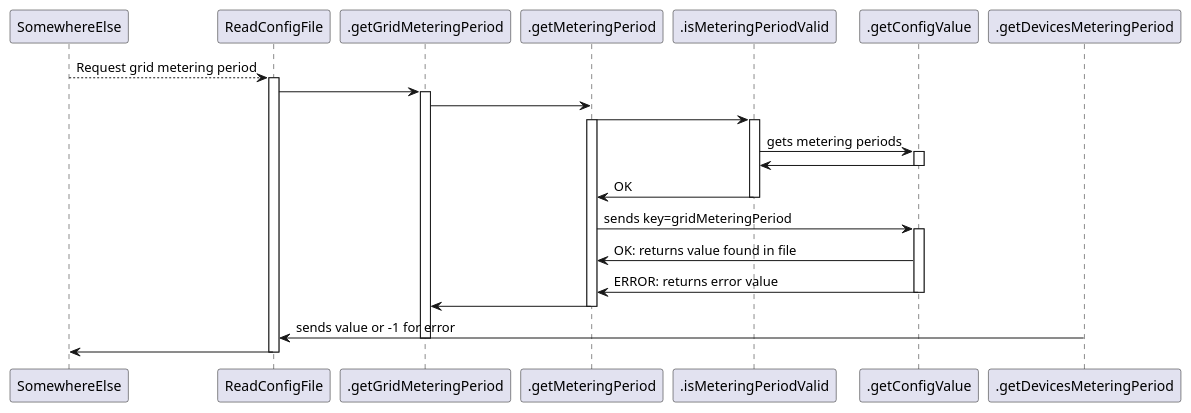
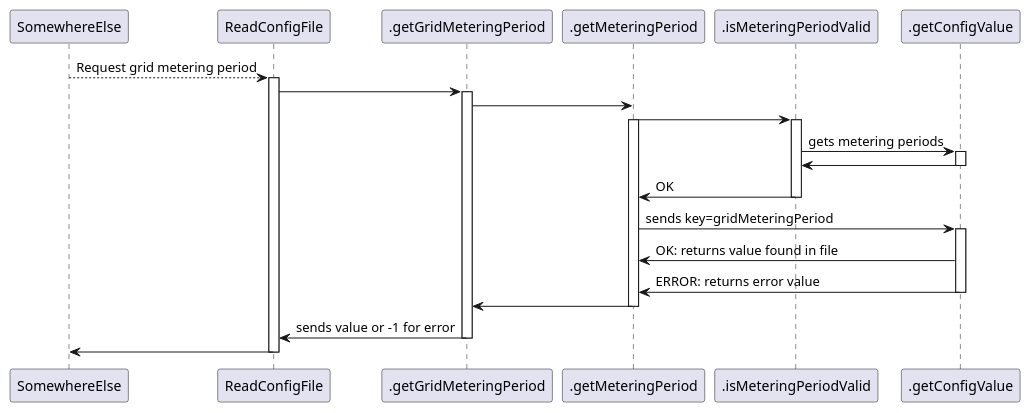
Before and after one commit to emanuel-pereira/hou: the diagram in src/main/java/smarthome/uml/sequencediagrams/ReadFileConfig.getGridMeteringPeriod.puml, drawn with PlantUML.

```diff
--- a/src/main/java/smarthome/uml/sequencediagrams/ReadFileConfig.getGridMeteringPeriod.puml
+++ b/src/main/java/smarthome/uml/sequencediagrams/ReadFileConfig.getGridMeteringPeriod.puml
@@ -1,31 +1,31 @@
 @startuml
 SomewhereElse--> ReadConfigFile: Request grid metering period
 activate ReadConfigFile
 ReadConfigFile -> .getGridMeteringPeriod
 activate .getGridMeteringPeriod
 .getGridMeteringPeriod -> .getMeteringPeriod
 
 
 .getMeteringPeriod -> .isMeteringPeriodValid
 activate .getMeteringPeriod
 activate .isMeteringPeriodValid
 .isMeteringPeriodValid -> .getConfigValue: gets metering periods
 activate .getConfigValue
 .getConfigValue -> .isMeteringPeriodValid
 deactivate .getConfigValue
 .isMeteringPeriodValid -> .getMeteringPeriod : OK
 deactivate .isMeteringPeriodValid
 
 
 .getMeteringPeriod -> .getConfigValue: sends key=gridMeteringPeriod
 activate .getConfigValue
 .getConfigValue -> .getMeteringPeriod: OK: returns value found in file
 .getConfigValue -> .getMeteringPeriod: ERROR: returns error value
 deactivate .getConfigValue
 .getMeteringPeriod -> .getGridMeteringPeriod
 deactivate .getMeteringPeriod
-.getDevicesMeteringPeriod -> ReadConfigFile : sends value or -1 for error
+.getGridMeteringPeriod -> ReadConfigFile : sends value or -1 for error
 deactivate .getGridMeteringPeriod
 ReadConfigFile -> SomewhereElse
 deactivate ReadConfigFile
 @enduml
```
